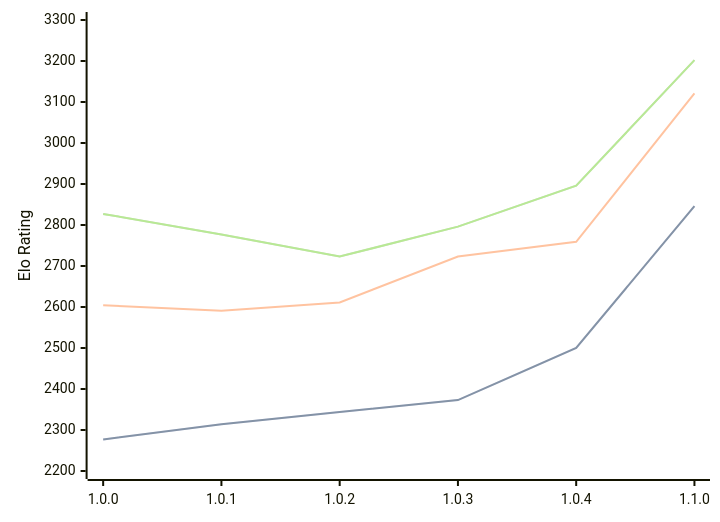
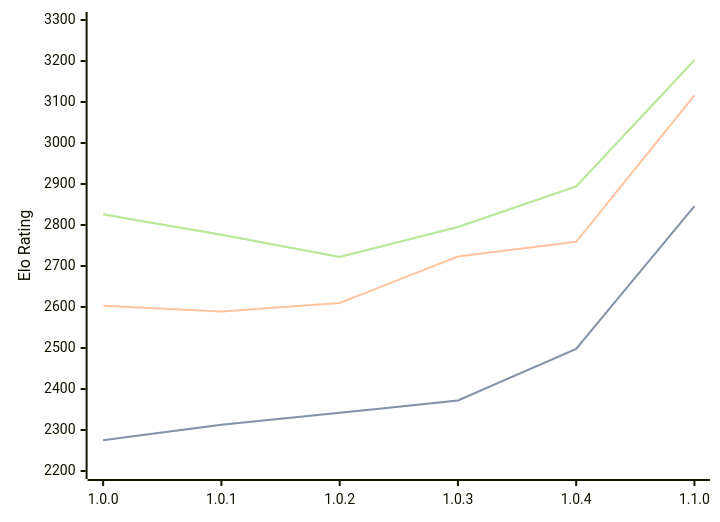
One commit to computer-chess-index/cci changed the diagram in engines/Grail.md. Above: the diagram before and after it, drawn with Mermaid. The commit also changed other lines of this file, not shown here.

Commit message:
Update CCI Ratings (ELO VLTC) - 2026-03-12

````diff
--- a/engines/Grail.md
+++ b/engines/Grail.md
@@ -34,11 +34,11 @@
 ```mermaid
 %%{init: {"theme":"base","themeVariables":{"seriesColors:['#a3a3a3','#222221','#faa371']}}}%%
 xychart-beta
   x-axis ["1.0.0", "1.0.1", "1.0.2", "1.0.3", "1.0.4", "1.1.0"]
   y-axis "Elo Rating" 2200 --> 3300
-  line "STC (8.0+0.08s)" [2277, 2314, 2344, 2373, 2500, 2846]
-  line "STC (8.0+0.08s)" [2277, 2314, 2344, 2373, 2500, 2846]
-  line "LTC (60.0+0.60s)" [2604, 2591, 2611, 2723, 2759, 3121]
-  line "VLTC (2m24s+1.12s)" [2827, 2777, 2723, 2796, 2896, 3202]
-  line "VLTC (2m24s+1.12s)" [2827, 2777, 2723, 2796, 2896, 3202]
+  line "STC (8.0+0.08s)" [2275, 2313, 2342, 2372, 2498, 2846]
+  line "STC (8.0+0.08s)" [2275, 2313, 2342, 2372, 2498, 2846]
+  line "LTC (60.0+0.60s)" [2603, 2589, 2610, 2723, 2759, 3116]
+  line "VLTC (2m24s+1.12s)" [2826, 2776, 2722, 2795, 2894, 3202]
+  line "VLTC (2m24s+1.12s)" [2826, 2776, 2722, 2795, 2894, 3202]
 ```
````
